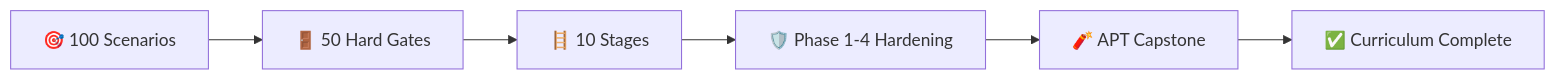
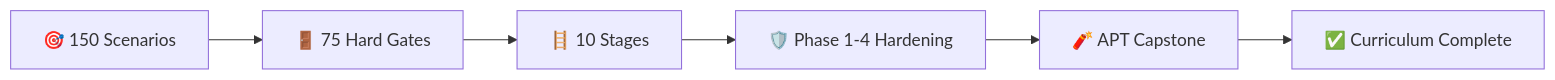
The first of 11 diagrams in README.md (youseefhamdi/AI-Security-Lab), drawn with Mermaid before and after one commit. The commit also changed other lines of this file and 8 other files, not shown here.

````diff
--- a/README.md
+++ b/README.md
@@ -112,8 +123,8 @@
 ```mermaid
 flowchart LR
-  A["🎯 100 Scenarios"] --> B["🚪 50 Hard Gates"]
+  A["🎯 150 Scenarios"] --> B["🚪 75 Hard Gates"]
   B --> C["🪜 10 Stages"]
   C --> D["🛡️ Phase 1-4 Hardening"]
   D --> E["🧨 APT Capstone"]
   E --> F["✅ Curriculum Complete"]
 ```
````
